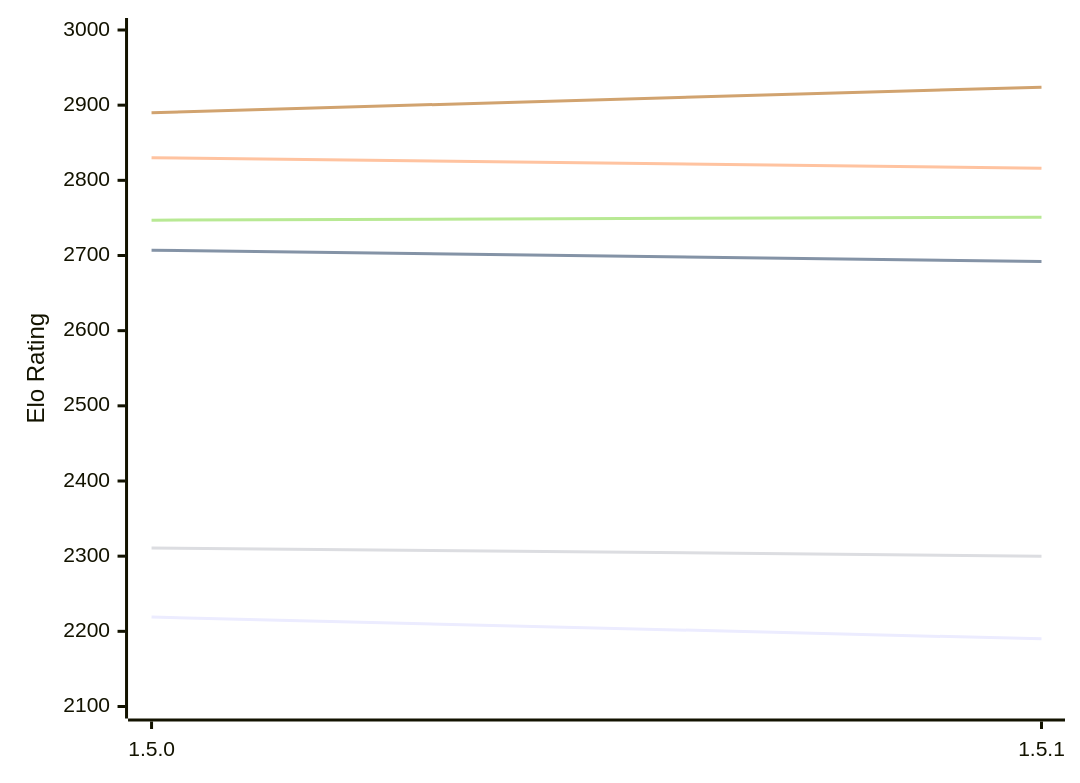
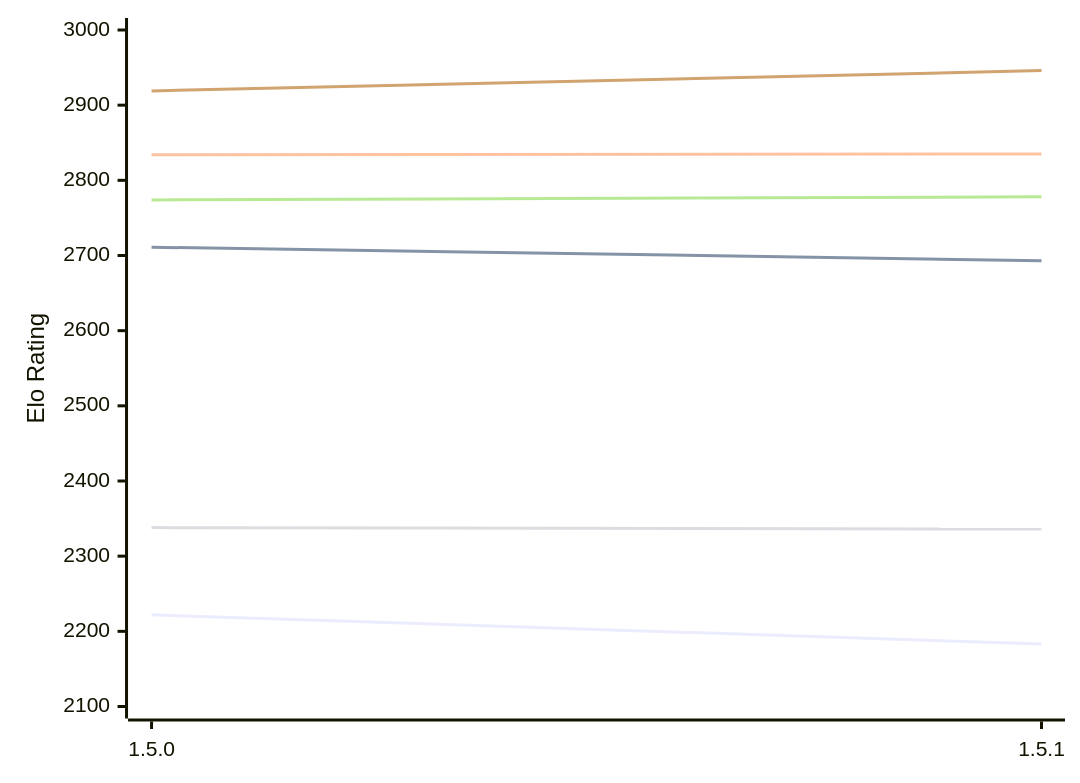
One commit to computer-chess-index/cci changed the first of 2 diagrams in engines/Coco.md. Above: the diagram before and after it, drawn with Mermaid. The commit also changed other lines of this file, not shown here.

Commit message:
Update CCI Ratings (ELO VLTC) - 2026-10-21

````diff
--- a/engines/Coco.md
+++ b/engines/Coco.md
@@ -50,12 +50,12 @@
 ```mermaid
 %%{init: {"theme":"base","themeVariables":{"seriesColors:['#a3a3a3','#222221','#faa371']}}}%%
 xychart-beta
   x-axis ["1.5.0", "1.5.1"]
   y-axis "Elo Rating" 2100 --> 3000
-  line "E1: STC (8.0+0.08s)" [2219, 2190]
-  line "E1: LTC (60.0+0.60s)" [2707, 2692]
-  line "E1: VLTC (2m24s+1.12s)" [2830, 2816]
-  line "P1: STC (8.0+0.08s)" [2311, 2300]
-  line "P1: LTC (60.0+0.60s)" [2747, 2751]
-  line "P1: VLTC (2m24s+1.12s)" [2890, 2924]
+  line "E1: STC (8.0+0.08s)" [2222, 2183]
+  line "E1: LTC (60.0+0.60s)" [2711, 2693]
+  line "E1: VLTC (2m24s+1.12s)" [2834, 2835]
+  line "P1: STC (8.0+0.08s)" [2338, 2336]
+  line "P1: LTC (60.0+0.60s)" [2774, 2778]
+  line "P1: VLTC (2m24s+1.12s)" [2919, 2946]
 ```
````
